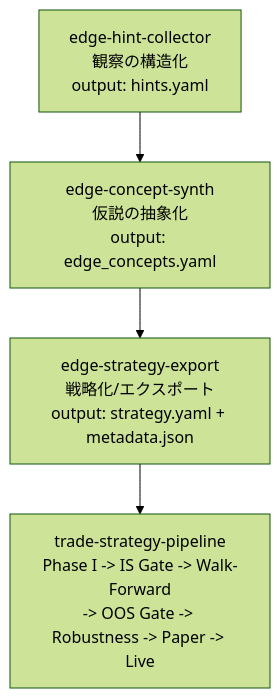
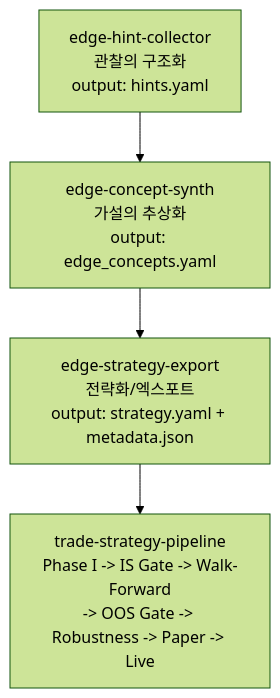
One commit to birdblues/claude-trading-skills changed the first of 4 diagrams in docs/edge-institutionalization-process.md. Above: the diagram before and after it, drawn with Mermaid (forest theme). The commit also changed other lines of this file and 50 other files, not shown here.

````diff
--- a/docs/edge-institutionalization-process.md
+++ b/docs/edge-institutionalization-process.md
@@ -15,9 +15,9 @@
 ```mermaid
 flowchart TD
-    A[edge-hint-collector<br/>観察の構造化<br/>output: hints.yaml]
-    B[edge-concept-synth<br/>仮説の抽象化<br/>output: edge_concepts.yaml]
-    C[edge-strategy-export<br/>戦略化/エクスポート<br/>output: strategy.yaml + metadata.json]
+    A[edge-hint-collector<br/>관찰의 구조화<br/>output: hints.yaml]
+    B[edge-concept-synth<br/>가설의 추상화<br/>output: edge_concepts.yaml]
+    C[edge-strategy-export<br/>전략화/엑스포트<br/>output: strategy.yaml + metadata.json]
     D[trade-strategy-pipeline<br/>Phase I -> IS Gate -> Walk-Forward<br/>-> OOS Gate -> Robustness -> Paper -> Live]
 
     A --> B --> C --> D
 ```
````
